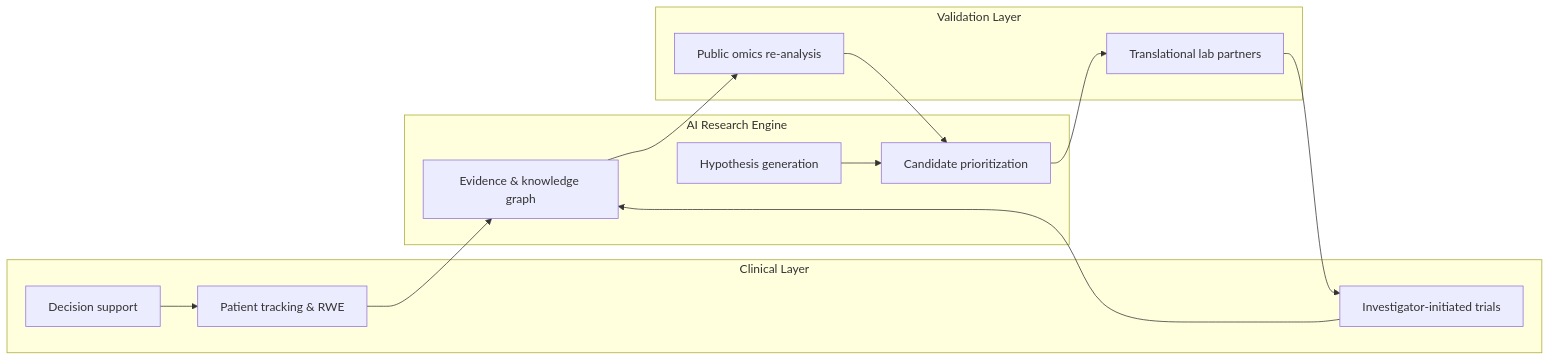
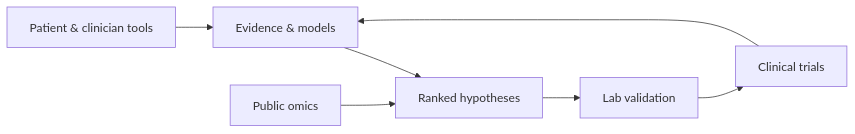
The diagram in docs/strategic-plan.md (recepsirin/vitiligo-initiative), drawn with Mermaid before and after one commit. The commit also changed other lines of this file and 10 other files, not shown here.

````diff
--- a/docs/strategic-plan.md
+++ b/docs/strategic-plan.md
@@ -68,24 +21,7 @@
 ```mermaid
 flowchart LR
-  subgraph engine[AI Research Engine]
-    E1[Evidence & knowledge graph]
-    E2[Hypothesis generation]
-    E3[Candidate prioritization]
-  end
-  subgraph validate[Validation Layer]
-    V1[Translational lab partners]
-    V2[Public omics re-analysis]
-  end
-  subgraph clinical[Clinical Layer]
-    C1[Investigator-initiated trials]
-    C2[Patient tracking & RWE]
-    C3[Decision support]
-  end
-  E2 --> E3 --> V1
-  E1 --> V2
-  V1 --> C1
-  V2 --> E3
-  C2 --> E1
-  C3 --> C2
-  C1 --> E1
+  E[Evidence & models] --> H[Ranked hypotheses] --> L[Lab validation] --> T[Clinical trials]
+  T --> E
+  O[Public omics] --> H
+  P[Patient & clinician tools] --> E
 ```
````
